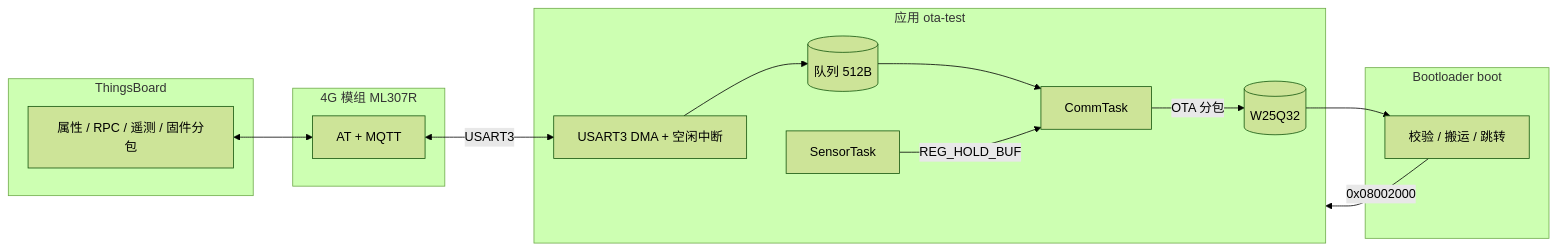
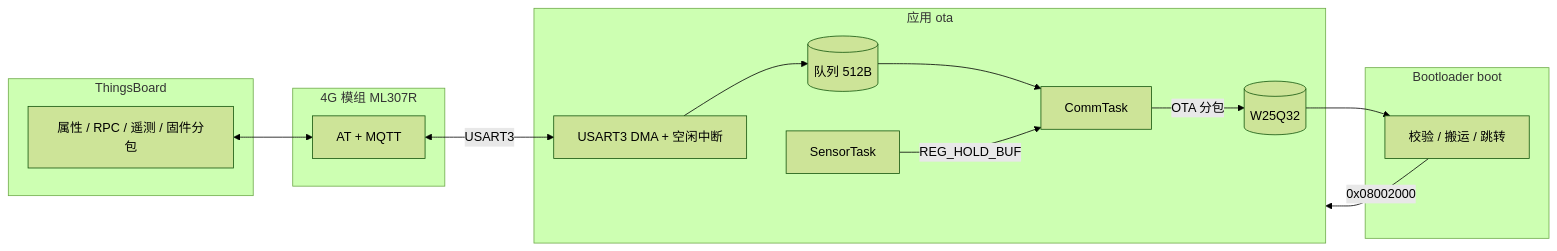
Before and after one commit to xuhj001/stm32_test: the first of 5 diagrams in ota-freertos/docs/架构与设计.md, drawn with Mermaid (forest theme). The commit also changed other lines of this file and 1 other file, not shown here.

````diff
--- a/ota-freertos/docs/架构与设计.md
+++ b/ota-freertos/docs/架构与设计.md
@@ -201,26 +204,26 @@
 ```mermaid
 flowchart LR
     subgraph Cloud[ThingsBoard]
         A[属性 / RPC / 遥测 / 固件分包]
     end
     subgraph Module[4G 模组 ML307R]
         M[AT + MQTT]
     end
-    subgraph APP[应用 ota-test]
+    subgraph APP[应用 ota]
         ISR[USART3 DMA + 空闲中断]
         Q[(队列 512B)]
         C[CommTask]
         S[SensorTask]
         W[(W25Q32)]
     end
     subgraph BOOT[Bootloader boot]
         B[校验 / 搬运 / 跳转]
     end
     A <--> M
     M <-->|USART3| ISR
     ISR --> Q --> C
     C -->|OTA 分包| W
     S -->|REG_HOLD_BUF| C
     W --> B
     B -->|0x08002000| APP
 ```
````
